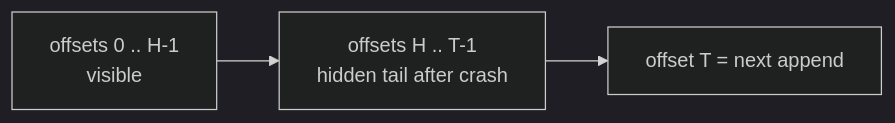
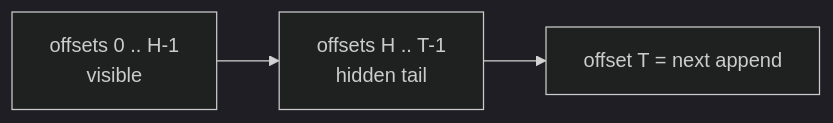
One commit to DebanganThakuria/narad changed the second of 3 diagrams in docs/internals/storage-engine.md. Above: the diagram before and after it, drawn with Mermaid (dark theme). The commit also changed other lines of this file and 493 other files, not shown here.

````diff
--- a/docs/internals/storage-engine.md
+++ b/docs/internals/storage-engine.md
@@ -69,5 +79,5 @@
 ```mermaid
 flowchart LR
-    A["offsets 0 .. H-1<br/>visible"] --> B["offsets H .. T-1<br/>hidden tail after crash"]
+    A["offsets 0 .. H-1<br/>visible"] --> B["offsets H .. T-1<br/>hidden tail"]
     B --> C["offset T = next append"]
 ```
````
